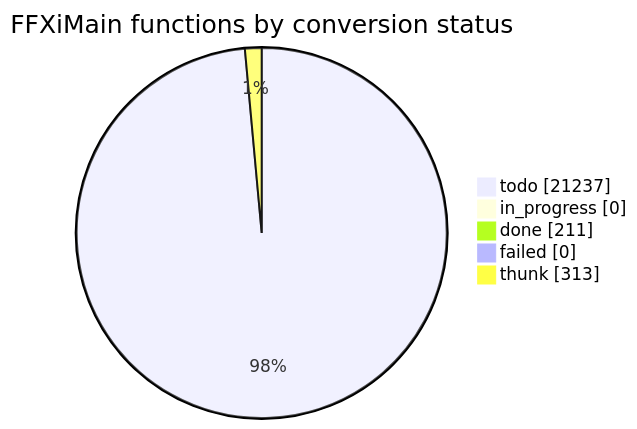
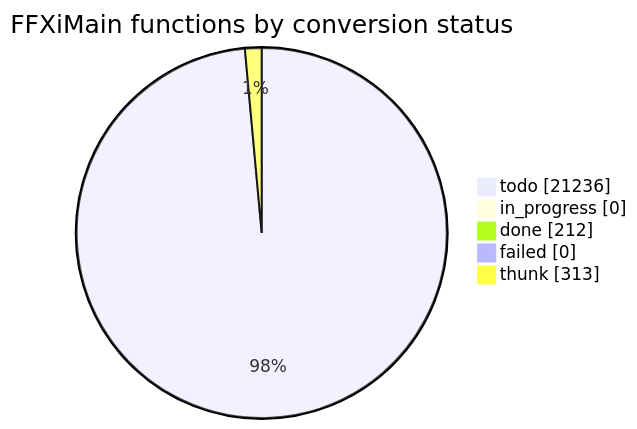
One commit to cowrevenge/cow_kuluu_xi_anything changed the diagram in docs/cow/STATUS.md. Above: the diagram before and after it, drawn with Mermaid. The commit also changed other lines of this file and 9 other files, not shown here.

````diff
--- a/docs/cow/STATUS.md
+++ b/docs/cow/STATUS.md
@@ -18,9 +18,9 @@
 ```mermaid
 pie showData
     title FFXiMain functions by conversion status
-    "todo" : 21237
+    "todo" : 21236
     "in_progress" : 0
-    "done" : 211
+    "done" : 212
     "failed" : 0
     "thunk" : 313
 ```
````
